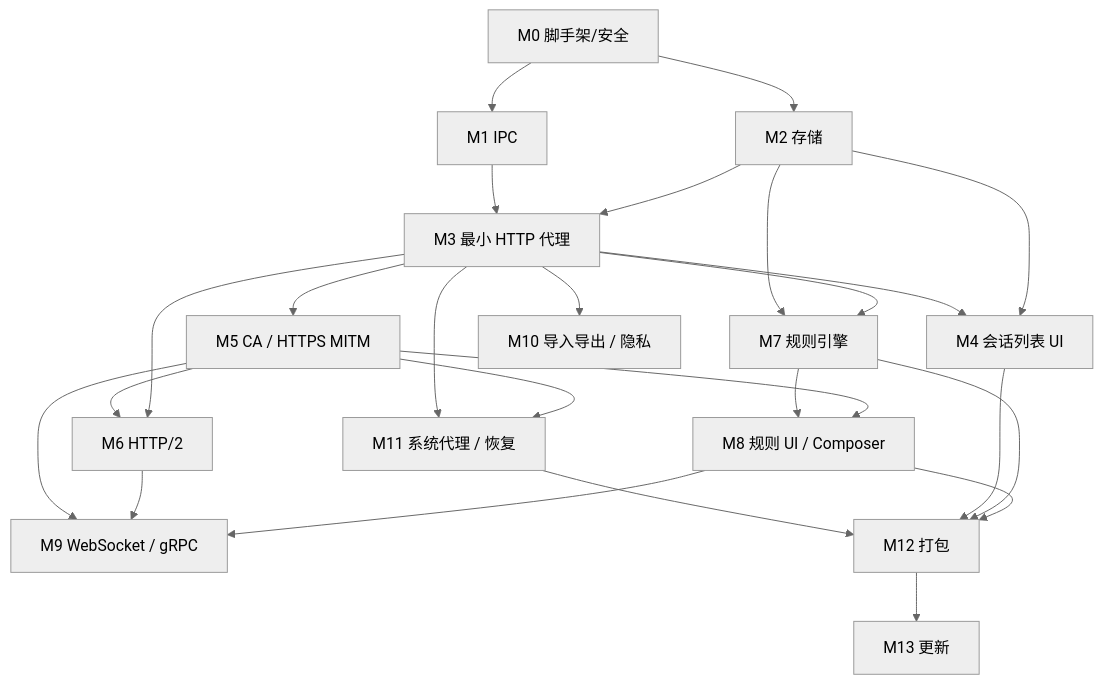
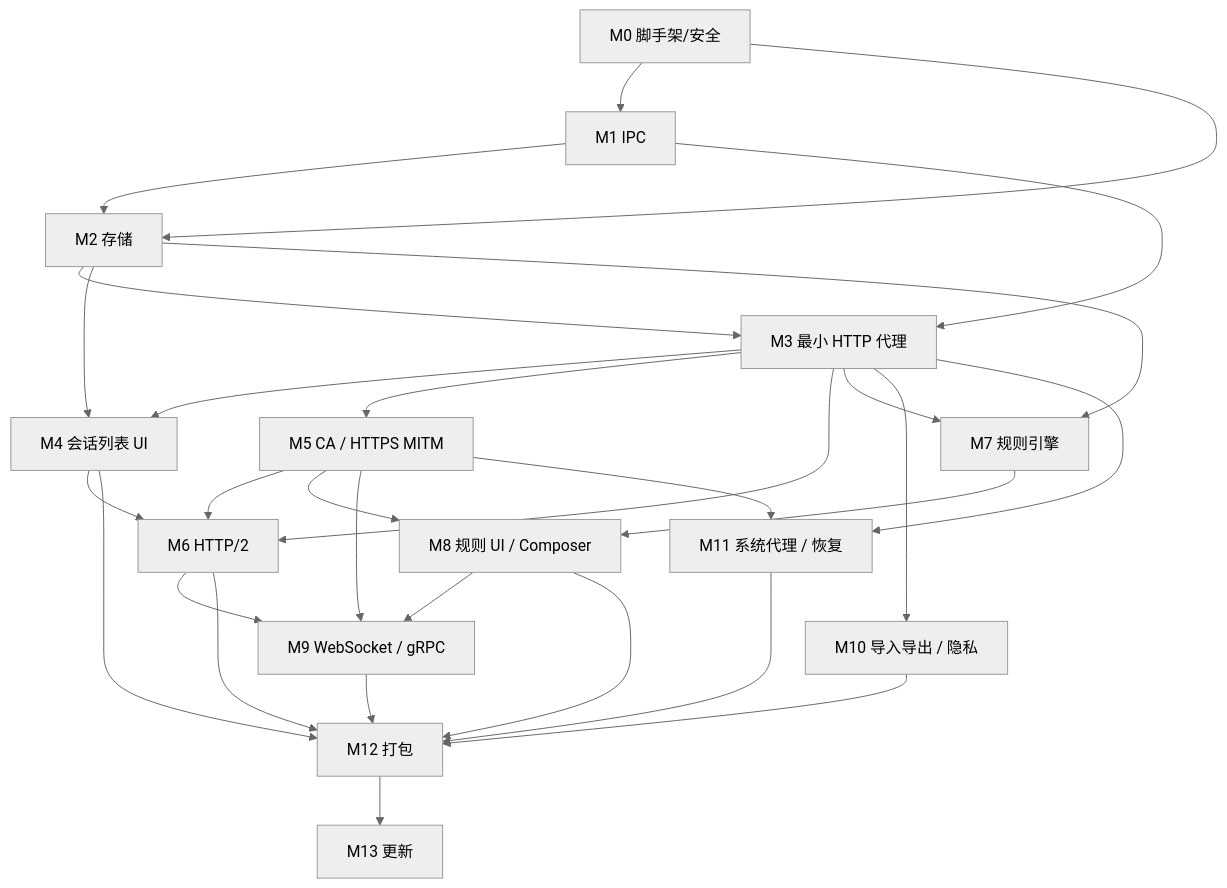
Before and after one commit to zhxmt-xm/Interceptor: the third of 3 diagrams in stages/桌面网络调试代理完整方案.md, drawn with Mermaid (neutral theme). The commit also changed other lines of this file and 16 other files, not shown here.

````diff
--- a/stages/桌面网络调试代理完整方案.md
+++ b/stages/桌面网络调试代理完整方案.md
@@ -1021,42 +1021,46 @@
 ```mermaid
 graph TD
     M0["M0 脚手架/安全"]
     M1["M1 IPC"]
     M2["M2 存储"]
     M3["M3 最小 HTTP 代理"]
     M4["M4 会话列表 UI"]
     M5["M5 CA / HTTPS MITM"]
     M6["M6 HTTP/2"]
     M7["M7 规则引擎"]
     M8["M8 规则 UI / Composer"]
     M9["M9 WebSocket / gRPC"]
     M10["M10 导入导出 / 隐私"]
     M11["M11 系统代理 / 恢复"]
     M12["M12 打包"]
     M13["M13 更新"]
 
     M0 --> M1
     M0 --> M2
+    M1 --> M2
     M1 --> M3
     M2 --> M3
     M3 --> M4
     M2 --> M4
     M3 --> M5
     M5 --> M6
     M3 --> M6
+    M4 --> M6
     M2 --> M7
     M3 --> M7
     M7 --> M8
     M5 --> M8
     M5 --> M9
     M6 --> M9
     M8 --> M9
     M3 --> M10
     M3 --> M11
     M5 --> M11
     M11 --> M12
     M4 --> M12
-    M7 --> M12
     M8 --> M12
+    M6 --> M12
+    M9 --> M12
+    M10 --> M12
     M12 --> M13
 ```
````
